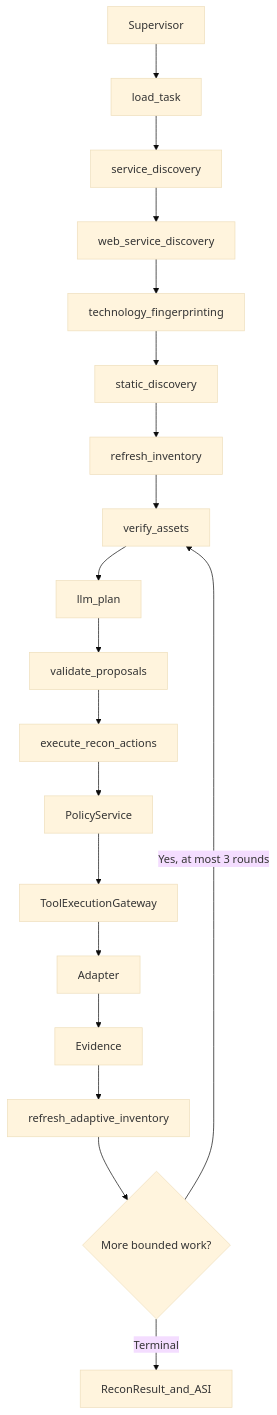
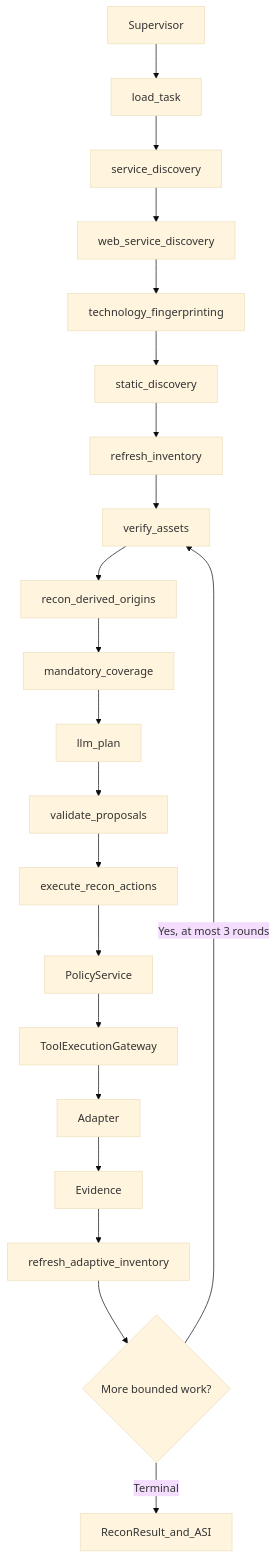
The diagram in docs/recon-bounded-adaptive.md (htungf211004/Agent_recon), drawn with Mermaid (base theme) before and after one commit. The commit also changed other lines of this file and 23 other files, not shown here.

````diff
--- a/docs/recon-bounded-adaptive.md
+++ b/docs/recon-bounded-adaptive.md
@@ -14,21 +14,23 @@
 ```mermaid
 flowchart TD
   Supervisor --> load_task
   load_task --> service_discovery
   service_discovery --> web_service_discovery
   web_service_discovery --> technology_fingerprinting
   technology_fingerprinting --> static_discovery
   static_discovery --> refresh_inventory
   refresh_inventory --> verify_assets
-  verify_assets --> llm_plan
+  verify_assets --> recon_derived_origins
+  recon_derived_origins --> mandatory_coverage
+  mandatory_coverage --> llm_plan
   llm_plan --> validate_proposals
   validate_proposals --> execute_recon_actions
   execute_recon_actions --> PolicyService
   PolicyService --> ToolExecutionGateway
   ToolExecutionGateway --> Adapter
   Adapter --> Evidence
   Evidence --> refresh_adaptive_inventory
   refresh_adaptive_inventory --> should_continue{More bounded work?}
   should_continue -->|Yes, at most 3 rounds| verify_assets
   should_continue -->|Terminal| ReconResult_and_ASI
 ```
````
